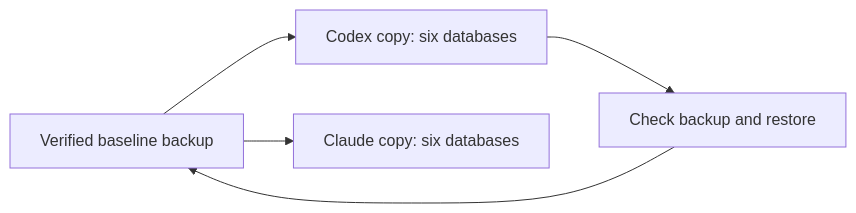
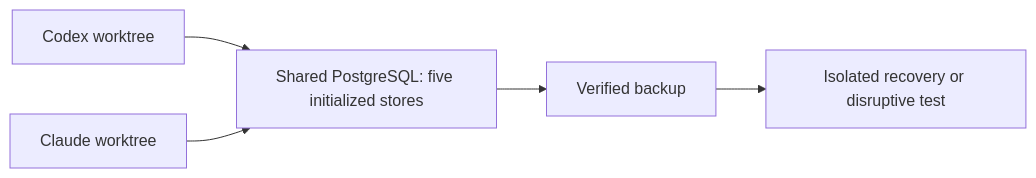
The diagram in docs/local-agent-testing.md (paulananth/edgartools-platform), drawn with Mermaid before and after one commit. The commit also changed other lines of this file and 9 other files, not shown here.

First line of the commit message:
fix: complete shared PostgreSQL setup and document full-source daily loads (#1035)

````diff
--- a/docs/local-agent-testing.md
+++ b/docs/local-agent-testing.md
@@ -13,7 +13,7 @@
 ```mermaid
 flowchart LR
-  B[Verified baseline backup] --> C[Codex copy: six databases]
-  B --> A[Claude copy: six databases]
-  C --> P[Check backup and restore]
-  P --> B
+  C[Codex worktree] --> S[Shared PostgreSQL: five initialized stores]
+  A[Claude worktree] --> S
+  S --> B[Verified backup]
+  B --> T[Isolated recovery or disruptive test]
 ```
````
